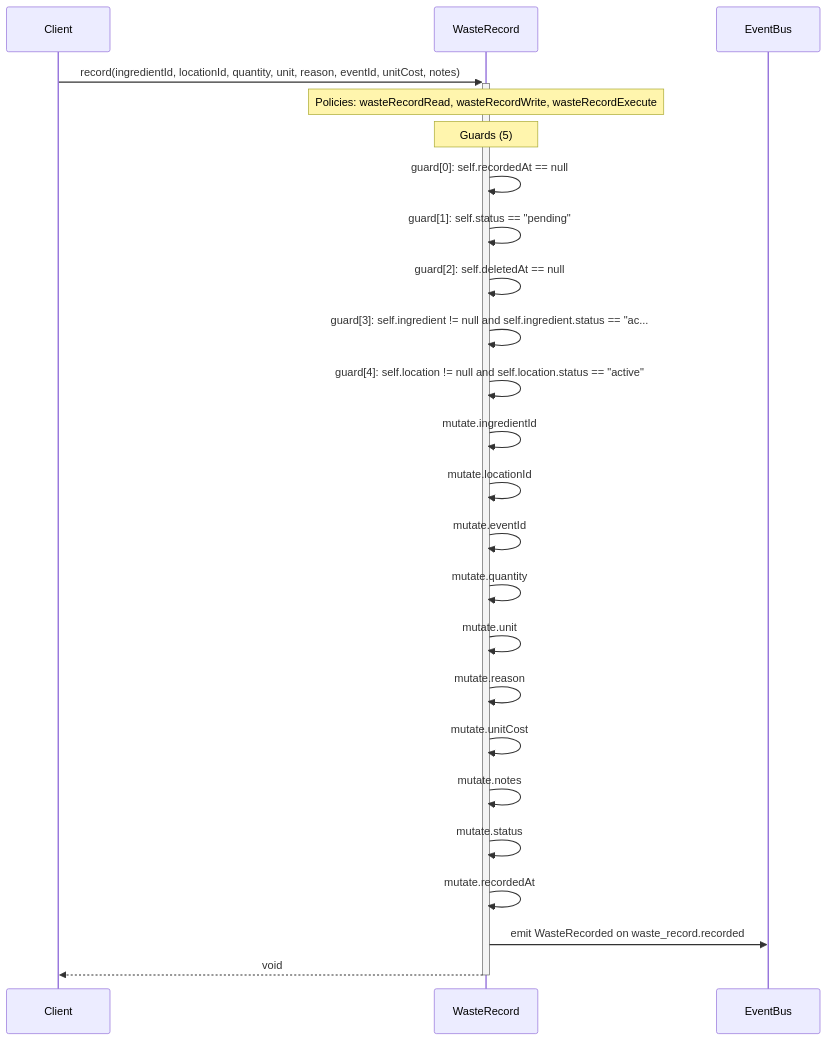
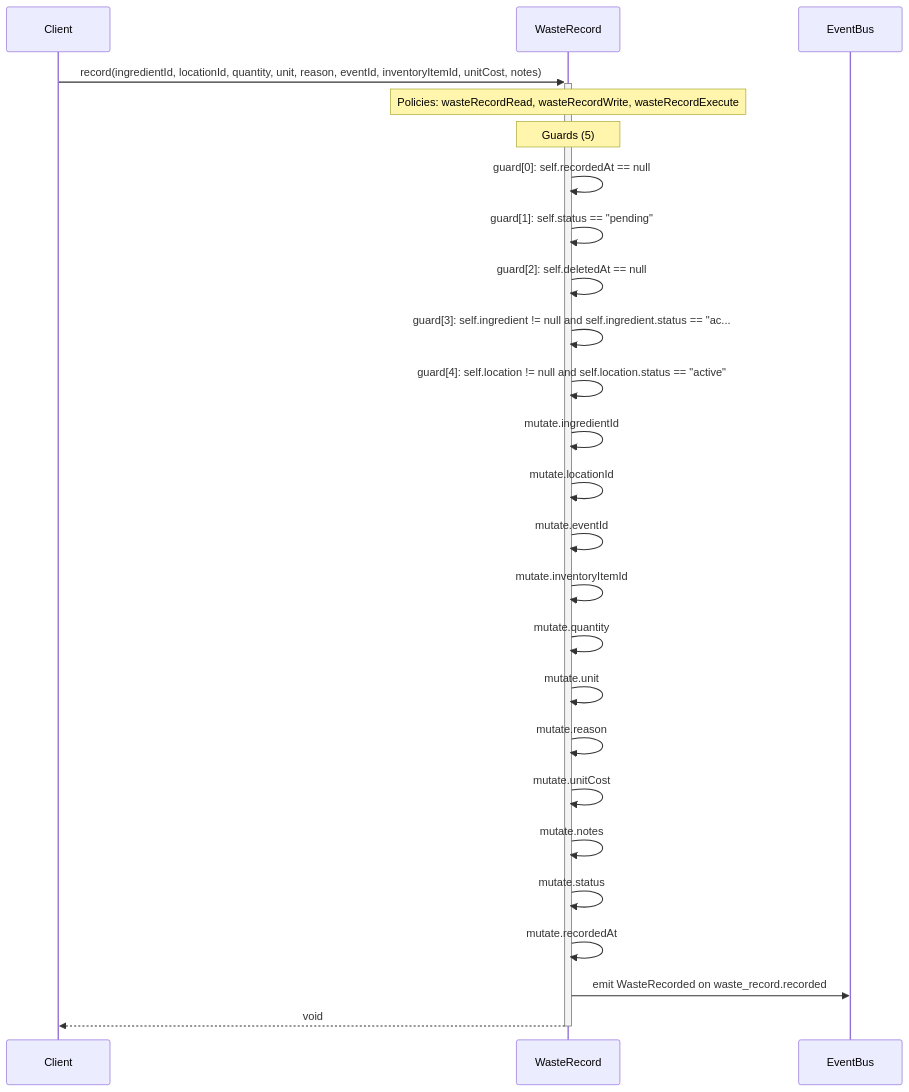
The diagram in diagrams/sequence-WasteRecord-record.mmd (Angriff36/capsule), drawn with Mermaid before and after one commit. The commit also changed 32 other files, not shown here.

```diff
--- a/diagrams/sequence-WasteRecord-record.mmd
+++ b/diagrams/sequence-WasteRecord-record.mmd
@@ -1,24 +1,25 @@
 sequenceDiagram
     participant Client
     participant WasteRecord as WasteRecord
     participant EventBus
-    Client->>+WasteRecord: record(ingredientId, locationId, quantity, unit, reason, eventId, unitCost, notes)
+    Client->>+WasteRecord: record(ingredientId, locationId, quantity, unit, reason, eventId, inventoryItemId, unitCost, notes)
     Note over WasteRecord: Policies: wasteRecordRead, wasteRecordWrite, wasteRecordExecute
     Note over WasteRecord: Guards (5)
     WasteRecord->>WasteRecord: guard[0]: self.recordedAt == null
     WasteRecord->>WasteRecord: guard[1]: self.status == #quot;pending#quot;
     WasteRecord->>WasteRecord: guard[2]: self.deletedAt == null
     WasteRecord->>WasteRecord: guard[3]: self.ingredient != null and self.ingredient.status == #quot;ac...
     WasteRecord->>WasteRecord: guard[4]: self.location != null and self.location.status == #quot;active#quot;
     WasteRecord->>WasteRecord: mutate.ingredientId
     WasteRecord->>WasteRecord: mutate.locationId
     WasteRecord->>WasteRecord: mutate.eventId
+    WasteRecord->>WasteRecord: mutate.inventoryItemId
     WasteRecord->>WasteRecord: mutate.quantity
     WasteRecord->>WasteRecord: mutate.unit
     WasteRecord->>WasteRecord: mutate.reason
     WasteRecord->>WasteRecord: mutate.unitCost
     WasteRecord->>WasteRecord: mutate.notes
     WasteRecord->>WasteRecord: mutate.status
     WasteRecord->>WasteRecord: mutate.recordedAt
     WasteRecord->>EventBus: emit WasteRecorded on waste_record.recorded
     WasteRecord-->>-Client: void
```
